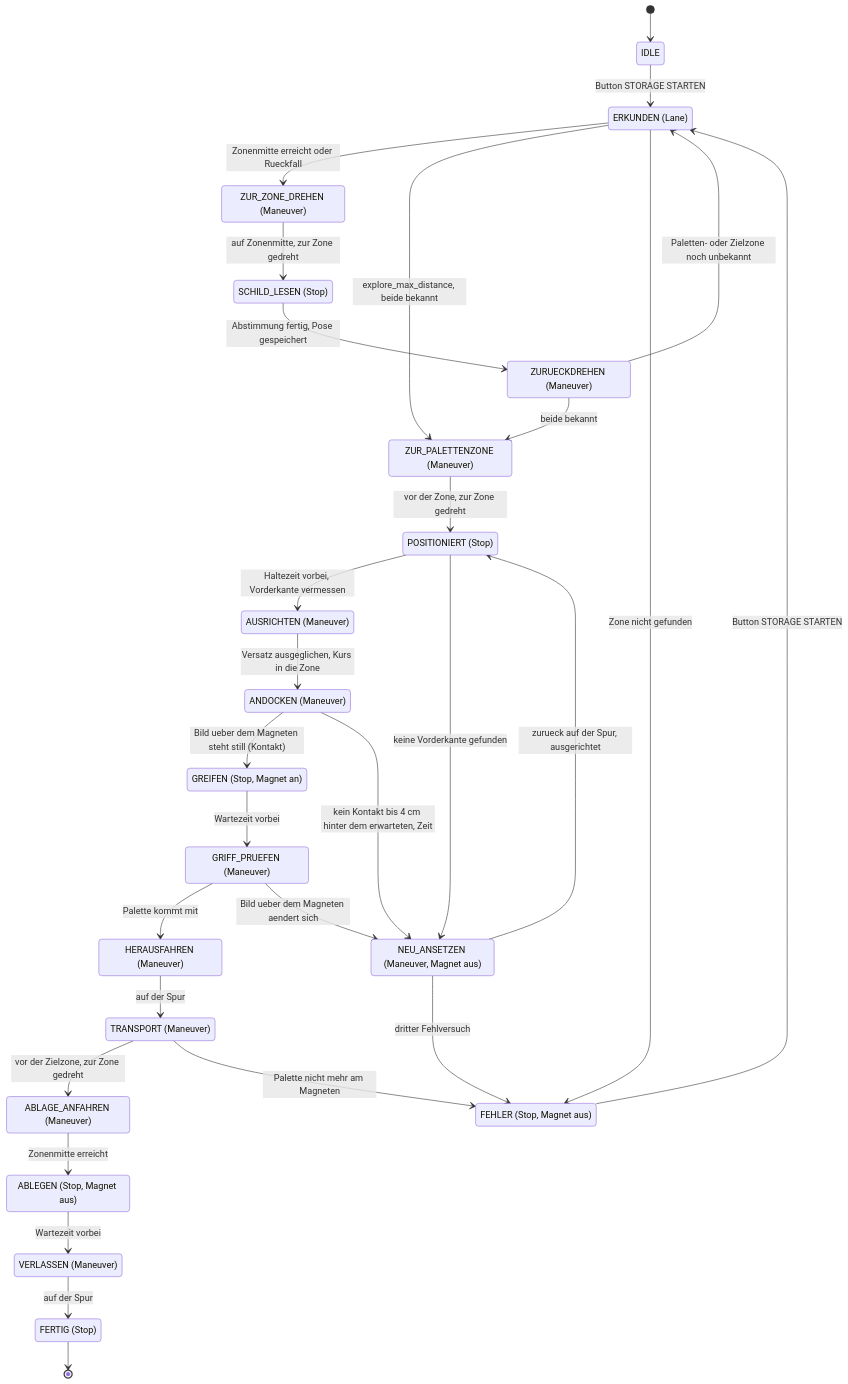
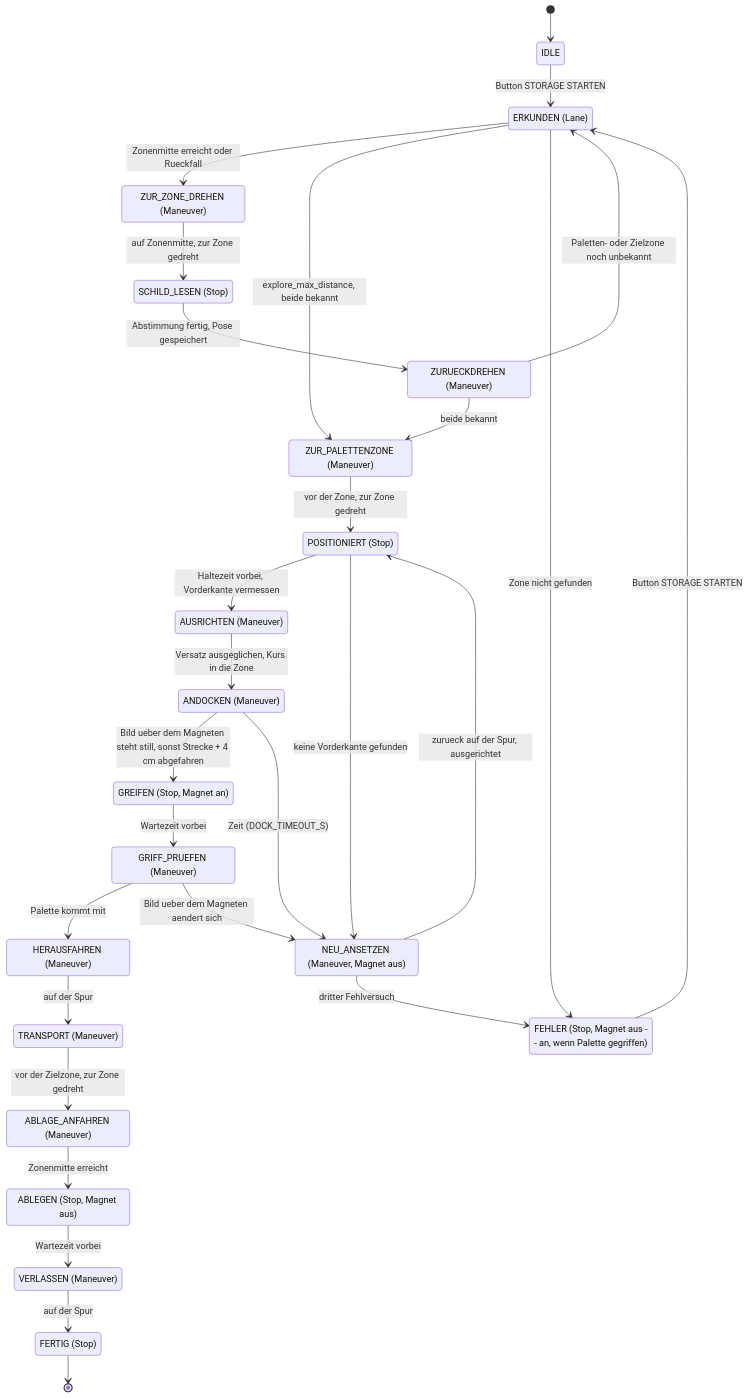
Before and after one commit to NaiRolF878/TurtleBot3-URMC: the diagram in docs/Storage_Retrieval_Konzept.md, drawn with Mermaid. The commit also changed other lines of this file and 16 other files, not shown here.

````diff
--- a/docs/Storage_Retrieval_Konzept.md
+++ b/docs/Storage_Retrieval_Konzept.md
@@ -165,52 +185,51 @@
 ```mermaid
 stateDiagram-v2
     [*] --> IDLE
     IDLE --> ERKUNDEN : Button STORAGE STARTEN
 
     state "ERKUNDEN (Lane)" as ERKUNDEN
     state "ZUR_ZONE_DREHEN (Maneuver)" as ZUR_ZONE_DREHEN
     state "SCHILD_LESEN (Stop)" as SCHILD_LESEN
     state "ZURUECKDREHEN (Maneuver)" as ZURUECKDREHEN
     state "ZUR_PALETTENZONE (Maneuver)" as ZUR_PALETTENZONE
     state "POSITIONIERT (Stop)" as POSITIONIERT
     state "AUSRICHTEN (Maneuver)" as AUSRICHTEN
     state "ANDOCKEN (Maneuver)" as ANDOCKEN
     state "GREIFEN (Stop, Magnet an)" as GREIFEN
     state "GRIFF_PRUEFEN (Maneuver)" as GRIFF_PRUEFEN
     state "NEU_ANSETZEN (Maneuver, Magnet aus)" as NEU_ANSETZEN
     state "HERAUSFAHREN (Maneuver)" as HERAUSFAHREN
     state "TRANSPORT (Maneuver)" as TRANSPORT
     state "ABLAGE_ANFAHREN (Maneuver)" as ABLAGE_ANFAHREN
     state "ABLEGEN (Stop, Magnet aus)" as ABLEGEN
     state "VERLASSEN (Maneuver)" as VERLASSEN
     state "FERTIG (Stop)" as FERTIG
-    state "FEHLER (Stop, Magnet aus)" as FEHLER
+    state "FEHLER (Stop, Magnet aus -- an, wenn Palette gegriffen)" as FEHLER
 
     ERKUNDEN --> ZUR_ZONE_DREHEN : Zonenmitte erreicht oder Rueckfall
     ZUR_ZONE_DREHEN --> SCHILD_LESEN : auf Zonenmitte, zur Zone gedreht
     SCHILD_LESEN --> ZURUECKDREHEN : Abstimmung fertig, Pose gespeichert
     ZURUECKDREHEN --> ERKUNDEN : Paletten- oder Zielzone noch unbekannt
     ZURUECKDREHEN --> ZUR_PALETTENZONE : beide bekannt
     ERKUNDEN --> ZUR_PALETTENZONE : explore_max_distance, beide bekannt
     ZUR_PALETTENZONE --> POSITIONIERT : vor der Zone, zur Zone gedreht
     POSITIONIERT --> AUSRICHTEN : Haltezeit vorbei, Vorderkante vermessen
     POSITIONIERT --> NEU_ANSETZEN : keine Vorderkante gefunden
     AUSRICHTEN --> ANDOCKEN : Versatz ausgeglichen, Kurs in die Zone
-    ANDOCKEN --> GREIFEN : Bild ueber dem Magneten steht still (Kontakt)
-    ANDOCKEN --> NEU_ANSETZEN : kein Kontakt bis 4 cm hinter dem erwarteten, Zeit
+    ANDOCKEN --> GREIFEN : Bild ueber dem Magneten steht still, sonst Strecke + 4 cm abgefahren
+    ANDOCKEN --> NEU_ANSETZEN : Zeit (DOCK_TIMEOUT_S)
     GREIFEN --> GRIFF_PRUEFEN : Wartezeit vorbei
     GRIFF_PRUEFEN --> HERAUSFAHREN : Palette kommt mit
     GRIFF_PRUEFEN --> NEU_ANSETZEN : Bild ueber dem Magneten aendert sich
     NEU_ANSETZEN --> POSITIONIERT : zurueck auf der Spur, ausgerichtet
     HERAUSFAHREN --> TRANSPORT : auf der Spur
     TRANSPORT --> ABLAGE_ANFAHREN : vor der Zielzone, zur Zone gedreht
     ABLAGE_ANFAHREN --> ABLEGEN : Zonenmitte erreicht
     ABLEGEN --> VERLASSEN : Wartezeit vorbei
     VERLASSEN --> FERTIG : auf der Spur
 
     ERKUNDEN --> FEHLER : Zone nicht gefunden
     NEU_ANSETZEN --> FEHLER : dritter Fehlversuch
-    TRANSPORT --> FEHLER : Palette nicht mehr am Magneten
     FEHLER --> ERKUNDEN : Button STORAGE STARTEN
     FERTIG --> [*]
 ```
````
